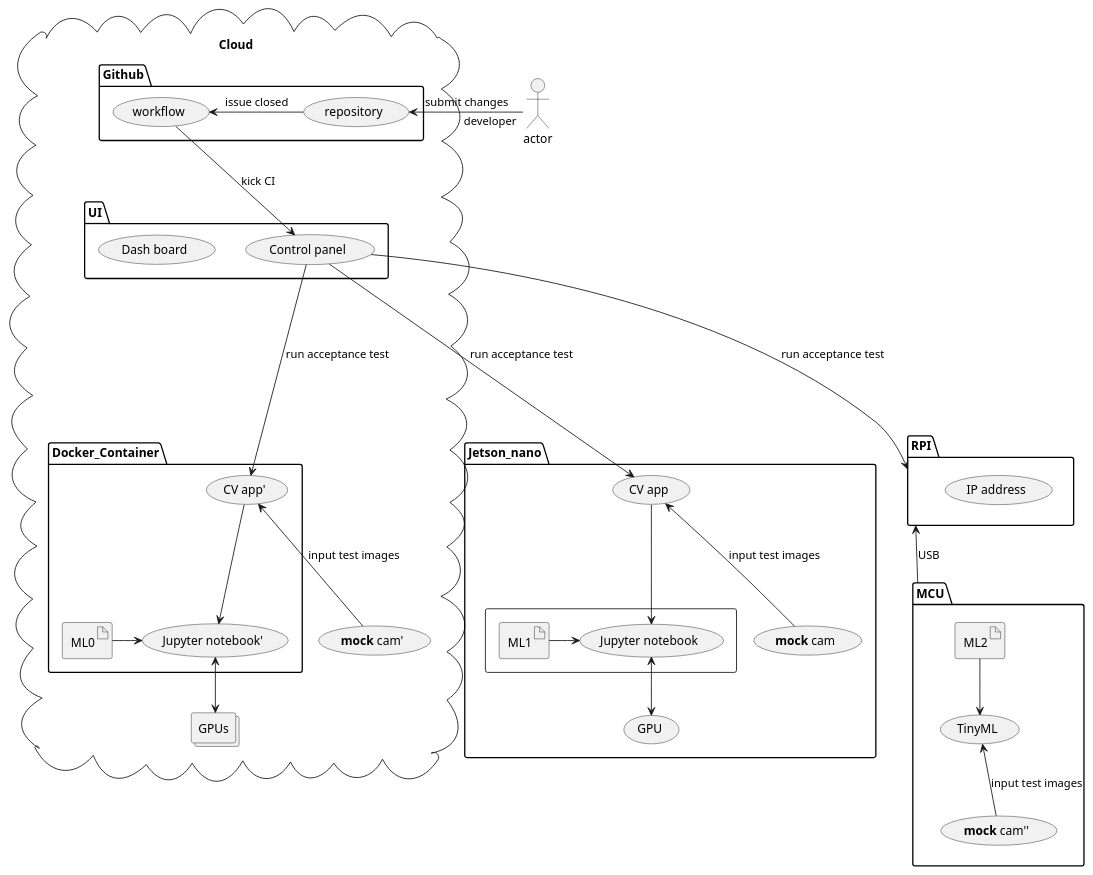
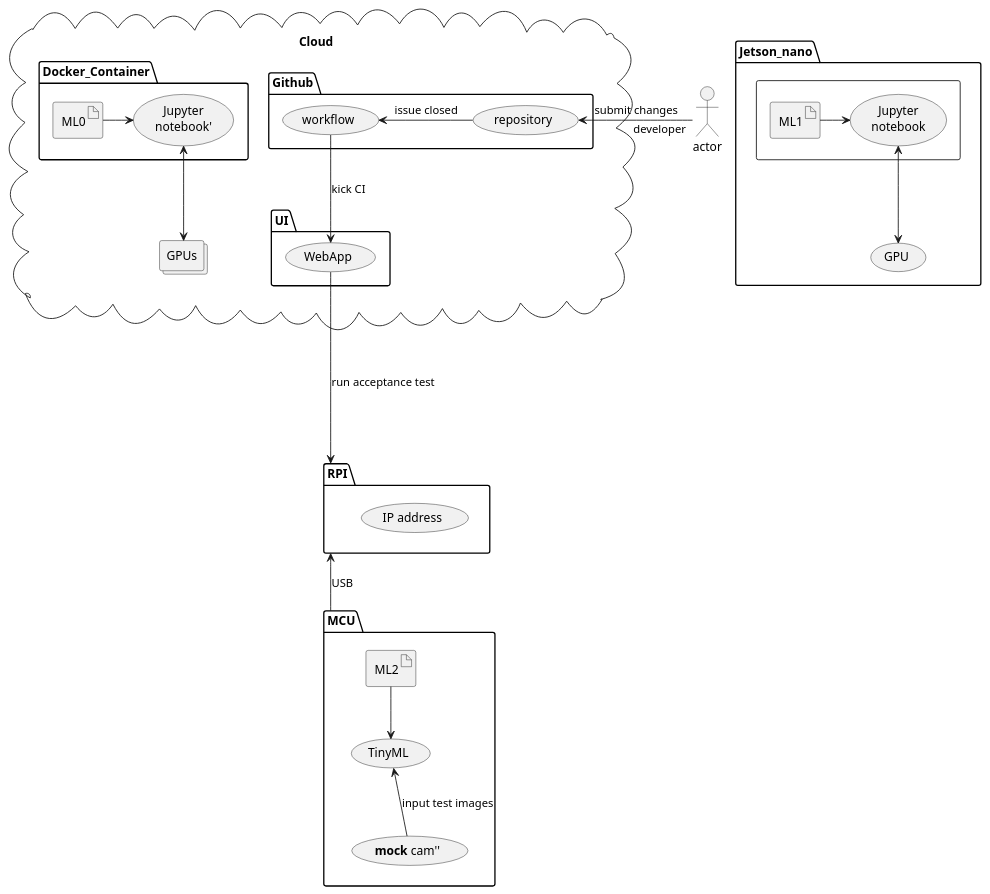
The diagram in tdd.puml (Origami-Cloudless-AI/software-engineering-project), drawn with PlantUML before and after one commit. The commit also changed 2 other files, not shown here.

```diff
--- a/tdd.puml
+++ b/tdd.puml
@@ -1,58 +1,50 @@
 @startuml
 
 'title "Test 3 environments at once with mock cam"
 
 cloud Cloud {
 	package Github {
 		(workflow) <- (repository) : issue closed
 	}
 
 	package UI {
-		(workflow) -down-> (Control panel) : kick CI
-		(Dash board)
+		(workflow) -down-> (WebApp) : kick CI
+		
 	}
 	package Docker_Container {
 		  artifact "ML0"
-		  (Jupyter notebook')
-		  (CV app')
+		  (Jupyter\nnotebook')
 	}
 	collections "GPUs"
-"ML0" -right-> (Jupyter notebook')
-(CV app') -down-> (Jupyter notebook')
-(Jupyter notebook') <-down-> GPUs
-(CV app') <-down- (**mock** cam') : input test images
+"ML0" -right-> (Jupyter\nnotebook')
+(Jupyter\nnotebook') <-down-> GPUs
 }
 
 actor "developer" --left--> (repository) : submit changes
 
 package Jetson_nano {
 	rectangle {
 		  artifact "ML1"
-		  (Jupyter notebook)
-		  (CV app')
+		  (Jupyter\nnotebook)
 	}
 
-"ML1" -right-> (Jupyter notebook)
-(CV app) -down-> (Jupyter notebook)
-(Jupyter notebook) <-down-> (GPU)
-(CV app) <-down- (**mock** cam) : input test images
+"ML1" -right-> (Jupyter\nnotebook)
+(Jupyter\nnotebook) <-down-> (GPU)
 }
 
-(Control panel) --down--> (CV app) : run acceptance test
-(Control panel) --down--> (CV app') : run acceptance test
-(Control panel) --down--> RPI : run acceptance test
+(WebApp) --down--> RPI : run acceptance test
 
 package RPI {
 	(IP address)
 }
 
 package MCU {
         artifact "ML2"
 	ML2 -down-> (TinyML)
 	(TinyML) <-down- (**mock** cam'') : input test images 
 }
 
 RPI <-down- MCU : USB
 
 
 @enduml
```
